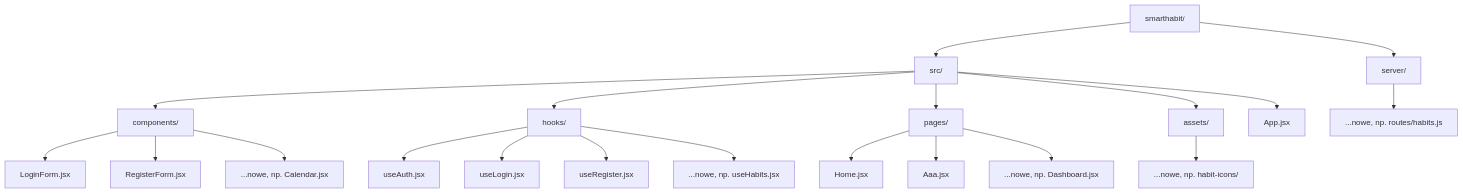
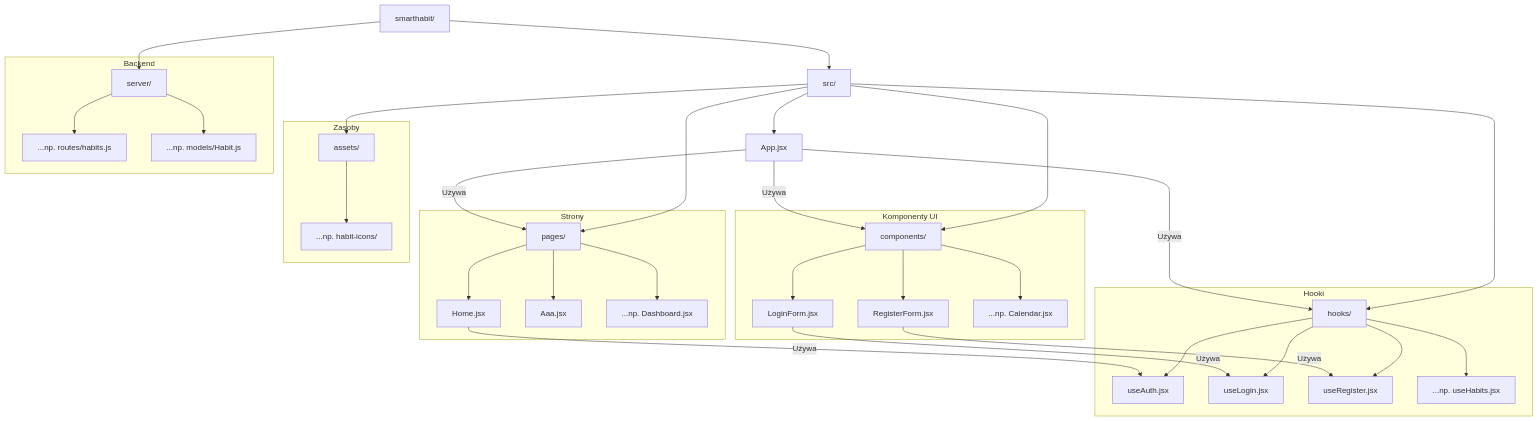
One commit to FullC0ntrol/SmartHabit changed the diagram in README.markdown. Above: the diagram before and after it, drawn with Mermaid. The commit also changed other lines of this file, not shown here.

````diff
--- a/README.markdown
+++ b/README.markdown
@@ -82,22 +76,45 @@
 ```mermaid
 graph TD
     A[smarthabit/] --> B[src/]
+    A --> H[server/]
     B --> C[components/]
     B --> D[hooks/]
     B --> E[pages/]
     B --> F[assets/]
     B --> G[App.jsx]
-    A --> H[server/]
-    C --> C1[LoginForm.jsx]
-    C --> C2[RegisterForm.jsx]
-    C --> C3[...nowe, np. Calendar.jsx]
-    D --> D1[useAuth.jsx]
-    D --> D2[useLogin.jsx]
-    D --> D3[useRegister.jsx]
-    D --> D4[...nowe, np. useHabits.jsx]
-    E --> E1[Home.jsx]
-    E --> E2[Aaa.jsx]
-    E --> E3[...nowe, np. Dashboard.jsx]
-    F --> F1[...nowe, np. habit-icons/]
-    H --> H1[...nowe, np. routes/habits.js]
+    
+    subgraph Komponenty UI
+        C --> C1[LoginForm.jsx]
+        C --> C2[RegisterForm.jsx]
+        C --> C3[...np. Calendar.jsx]
+    end
+    
+    subgraph Hooki
+        D --> D1[useAuth.jsx]
+        D --> D2[useLogin.jsx]
+        D --> D3[useRegister.jsx]
+        D --> D4[...np. useHabits.jsx]
+    end
+    
+    subgraph Strony
+        E --> E1[Home.jsx]
+        E --> E2[Aaa.jsx]
+        E --> E3[...np. Dashboard.jsx]
+    end
+    
+    subgraph Zasoby
+        F --> F1[...np. habit-icons/]
+    end
+    
+    subgraph Backend
+        H --> H1[...np. routes/habits.js]
+        H --> H2[...np. models/Habit.js]
+    end
+    
+    G -->|Używa| C
+    G -->|Używa| D
+    G -->|Używa| E
+    C1 -->|Używa| D2
+    C2 -->|Używa| D3
+    E1 -->|Używa| D1
 ```
````
